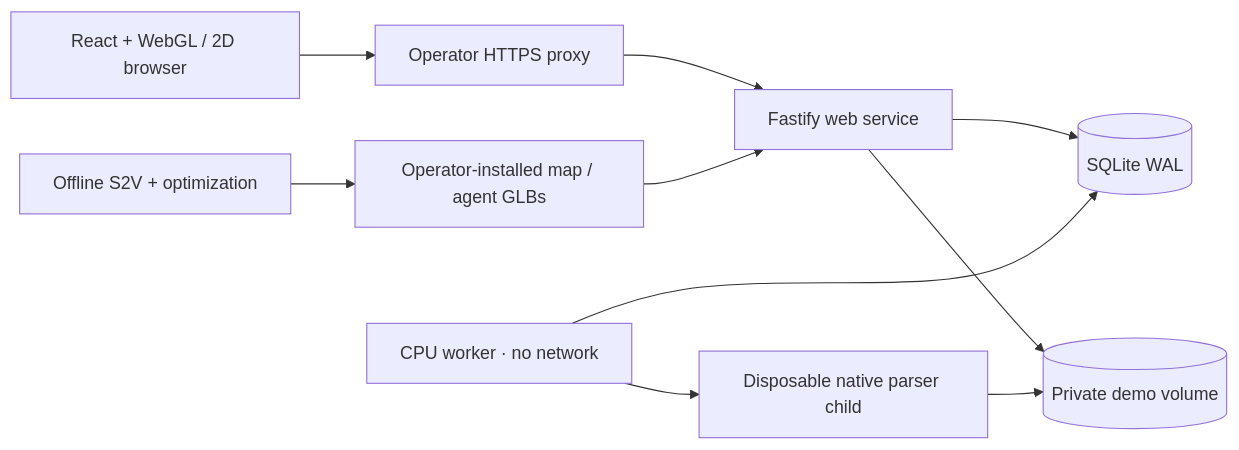
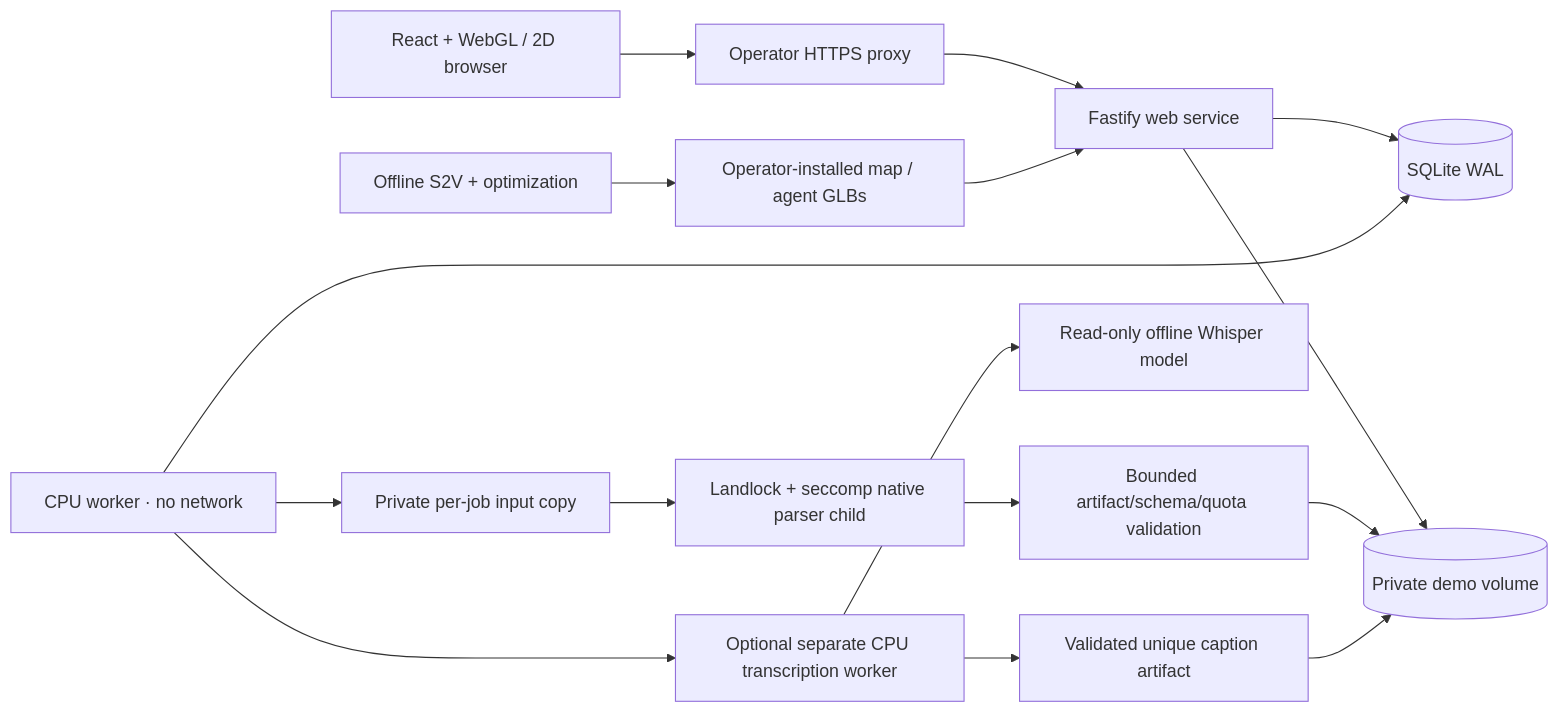
One commit to Buco7854/cswatch changed the diagram in docs/ARCHITECTURE.md. Above: the diagram before and after it, drawn with Mermaid. The commit also changed other lines of this file and 119 other files, not shown here.

````diff
--- a/docs/ARCHITECTURE.md
+++ b/docs/ARCHITECTURE.md
@@ -5,12 +5,18 @@
 ```mermaid
 flowchart LR
  Browser[React + WebGL / 2D browser] --> Proxy[Operator HTTPS proxy]
  Proxy --> Web[Fastify web service]
  Web --> DB[(SQLite WAL)]
  Web --> Files[(Private demo volume)]
  Worker[CPU worker · no network] --> DB
- Worker --> Parser[Disposable native parser child]
- Parser --> Files
+ Worker --> Job[Private per-job input copy]
+ Job --> Parser[Landlock + seccomp native parser child]
+ Parser --> Validate[Bounded artifact/schema/quota validation]
+ Validate --> Files
+ Worker --> Speech[Optional separate CPU transcription worker]
+ Speech --> Model[Read-only offline Whisper model]
+ Speech --> Captions[Validated unique caption artifact]
+ Captions --> Files
  S2V[Offline S2V + optimization] --> Maps[Operator-installed map / agent GLBs]
  Maps --> Web
 ```
````
